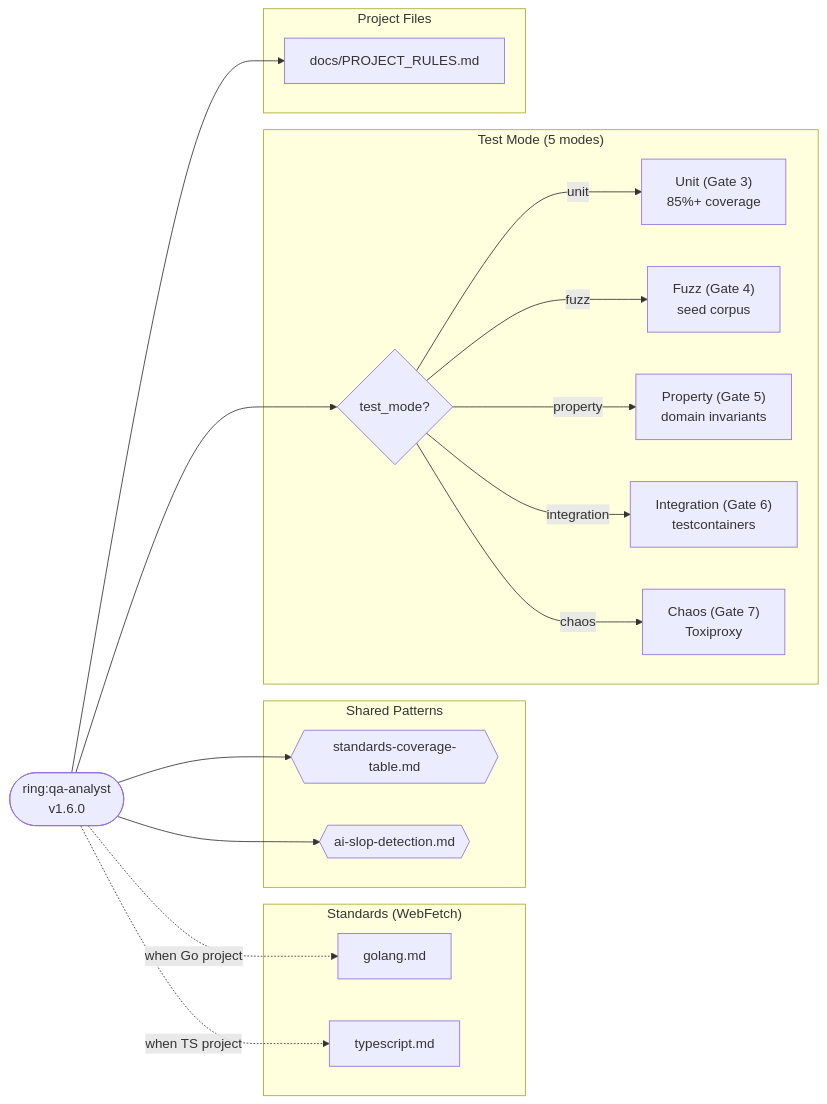
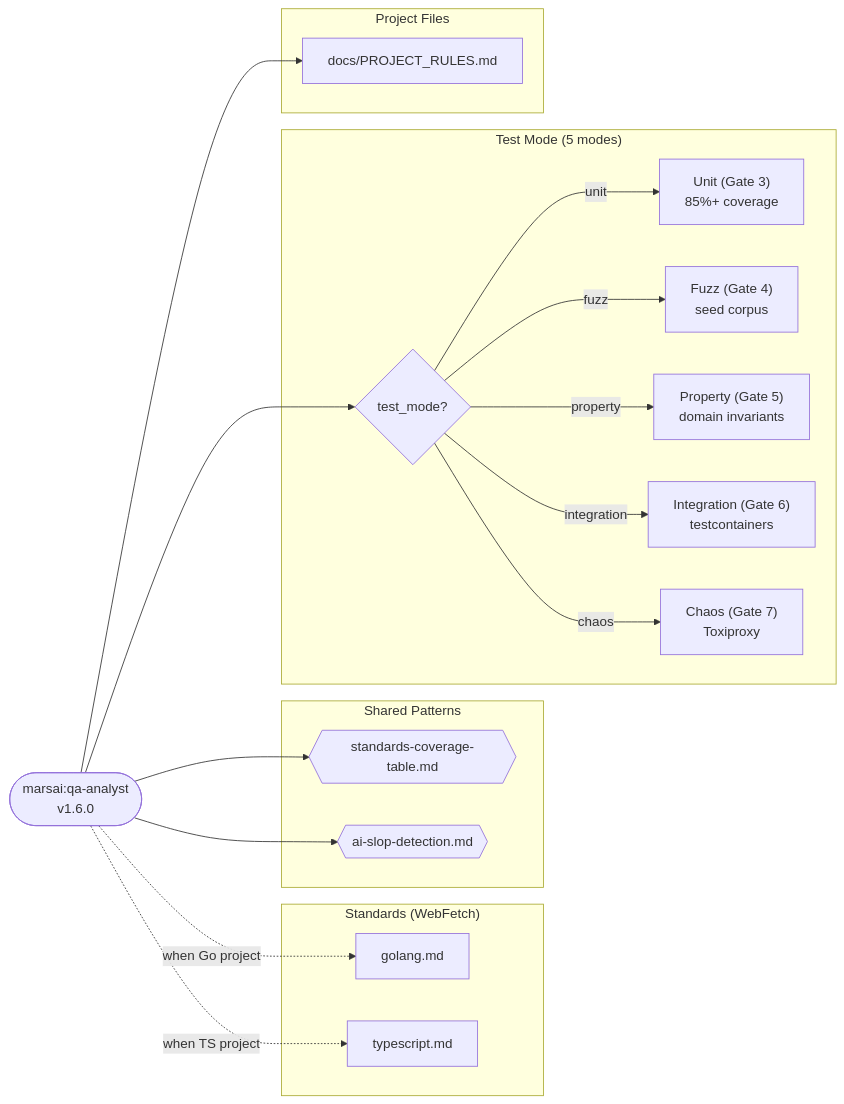
Before and after one commit to rodrigodh/ring: the tenth of 21 diagrams in dev-team/docs/dependency-diagrams.md, drawn with Mermaid. The commit also changed other lines of this file and 203 other files, not shown here.

````diff
--- a/dev-team/docs/dependency-diagrams.md
+++ b/dev-team/docs/dependency-diagrams.md
@@ -478,38 +478,38 @@
 ```mermaid
 flowchart LR
-    agent(["ring:qa-analyst<br/>v1.6.0"])
+    agent(["marsai:qa-analyst<br/>v1.6.0"])
 
     subgraph Standards["Standards (WebFetch)"]
         golang["golang.md"]
         ts["typescript.md"]
     end
 
     subgraph SharedPatterns["Shared Patterns"]
         sct{{"standards-coverage-table.md"}}
         asd{{"ai-slop-detection.md"}}
     end
 
     subgraph TestModes["Test Mode (5 modes)"]
         mode{"test_mode?"}
         unit["Unit (Gate 3)<br/>85%+ coverage"]
         fuzzM["Fuzz (Gate 4)<br/>seed corpus"]
         propM["Property (Gate 5)<br/>domain invariants"]
         integM["Integration (Gate 6)<br/>testcontainers"]
         chaosM["Chaos (Gate 7)<br/>Toxiproxy"]
     end
 
     subgraph ProjectFiles["Project Files"]
         pr["docs/PROJECT_RULES.md"]
     end
 
     agent -.->|"when Go project"| golang
     agent -.->|"when TS project"| ts
     agent --> sct & asd
     agent --> pr
     agent --> mode
     mode -->|"unit"| unit
     mode -->|"fuzz"| fuzzM
     mode -->|"property"| propM
     mode -->|"integration"| integM
     mode -->|"chaos"| chaosM
 ```
````
